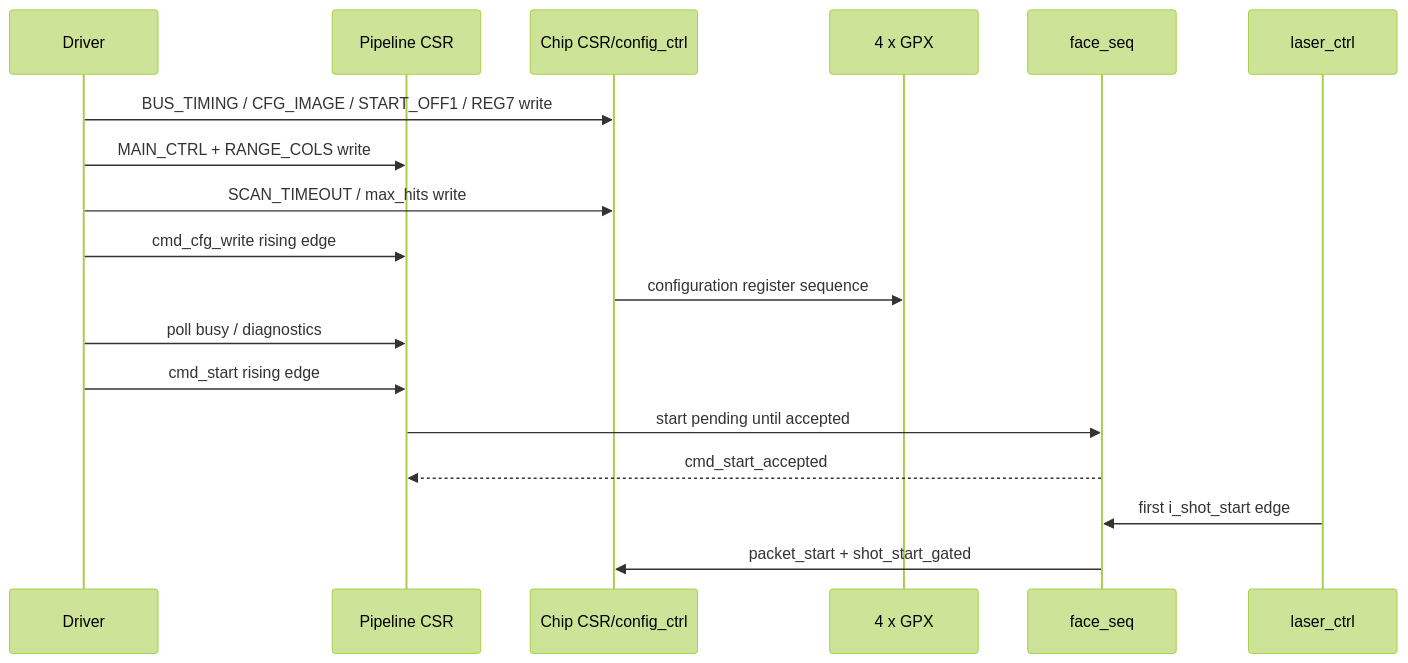
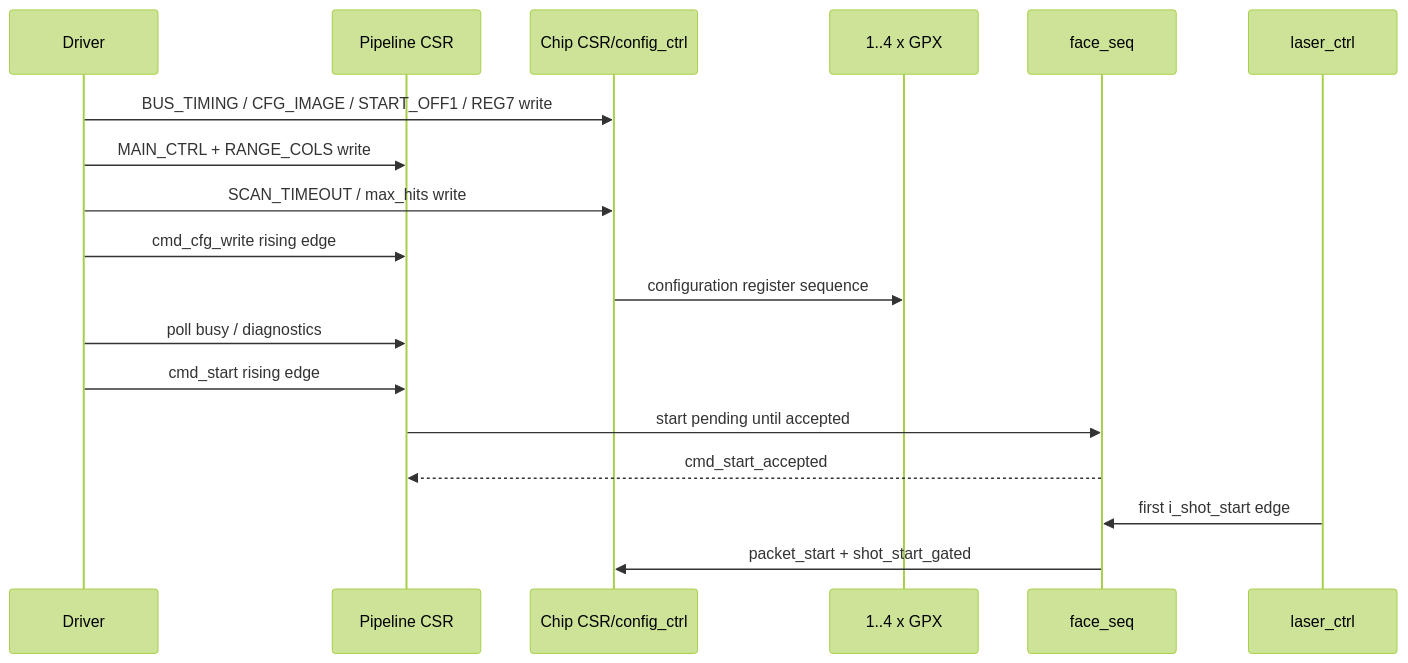
One commit to haneulia/tdc_gpx_ctrl changed the sixth of 15 diagrams in Doc/tdc_gpx_top_신호처리_상세_사용_설명서.md. Above: the diagram before and after it, drawn with Mermaid (forest theme). The commit also changed other lines of this file and 2 other files, not shown here.

````diff
--- a/Doc/tdc_gpx_top_신호처리_상세_사용_설명서.md
+++ b/Doc/tdc_gpx_top_신호처리_상세_사용_설명서.md
@@ -609,21 +636,21 @@
 ```mermaid
 sequenceDiagram
     participant SW as Driver
     participant PCS as Pipeline CSR
     participant CCS as Chip CSR/config_ctrl
-    participant GPX as 4 x GPX
+    participant GPX as 1..4 x GPX
     participant SEQ as face_seq
     participant LAS as laser_ctrl
 
     SW->>CCS: BUS_TIMING / CFG_IMAGE / START_OFF1 / REG7 write
     SW->>PCS: MAIN_CTRL + RANGE_COLS write
     SW->>CCS: SCAN_TIMEOUT / max_hits write
     SW->>PCS: cmd_cfg_write rising edge
     CCS->>GPX: configuration register sequence
     SW->>PCS: poll busy / diagnostics
     SW->>PCS: cmd_start rising edge
     PCS->>SEQ: start pending until accepted
     SEQ-->>PCS: cmd_start_accepted
     LAS->>SEQ: first i_shot_start edge
     SEQ->>CCS: packet_start + shot_start_gated
 ```
````
